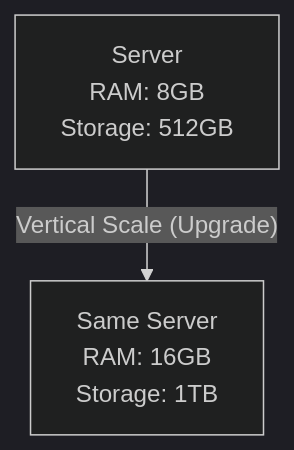
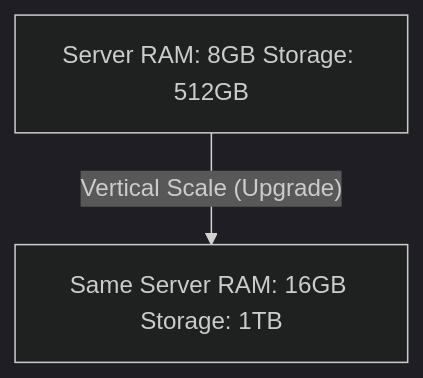
Before and after one commit to Wolfgang281/MongoDB: the second of 8 diagrams in MongoDB/sql-nosql-scaling-acid-cap.md, drawn with Mermaid (dark theme). The commit also changed other lines of this file, not shown here.

````diff
--- a/MongoDB/sql-nosql-scaling-acid-cap.md
+++ b/MongoDB/sql-nosql-scaling-acid-cap.md
@@ -153,4 +153,4 @@
 ```mermaid
 graph TD
-    A["Server\nRAM: 8GB\nStorage: 512GB"] -->|"Vertical Scale (Upgrade)"| B["Same Server\nRAM: 16GB\nStorage: 1TB"]
+    A["Server RAM: 8GB Storage: 512GB"] -->|"Vertical Scale (Upgrade)"| B["Same Server RAM: 16GB Storage: 1TB"]
 ```
````
